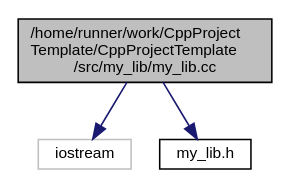
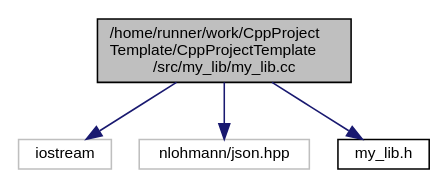
Before and after one commit to franneck94/CppProjectTemplate: the diagram in my__lib_8cc__incl.dot, drawn with Graphviz. The commit also changed 2 other files, not shown here.

```diff
--- a/my__lib_8cc__incl.dot
+++ b/my__lib_8cc__incl.dot
@@ -1,11 +1,13 @@
 digraph "/home/runner/work/CppProjectTemplate/CppProjectTemplate/src/my_lib/my_lib.cc"
 {
  // LATEX_PDF_SIZE
   edge [fontname="Helvetica",fontsize="10",labelfontname="Helvetica",labelfontsize="10"];
   node [fontname="Helvetica",fontsize="10",shape=record];
   Node1 [label="/home/runner/work/CppProject\lTemplate/CppProjectTemplate\l/src/my_lib/my_lib.cc",height=0.2,width=0.4,color="black", fillcolor="grey75", style="filled", fontcolor="black",tooltip=" "];
   Node1 -> Node2 [color="midnightblue",fontsize="10",style="solid",fontname="Helvetica"];
   Node2 [label="iostream",height=0.2,width=0.4,color="grey75", fillcolor="white", style="filled",tooltip=" "];
   Node1 -> Node3 [color="midnightblue",fontsize="10",style="solid",fontname="Helvetica"];
-  Node3 [label="my_lib.h",height=0.2,width=0.4,color="black", fillcolor="white", style="filled",URL="$my__lib_8h.html",tooltip=" "];
+  Node3 [label="nlohmann/json.hpp",height=0.2,width=0.4,color="grey75", fillcolor="white", style="filled",tooltip=" "];
+  Node1 -> Node4 [color="midnightblue",fontsize="10",style="solid",fontname="Helvetica"];
+  Node4 [label="my_lib.h",height=0.2,width=0.4,color="black", fillcolor="white", style="filled",URL="$my__lib_8h.html",tooltip=" "];
 }
```
